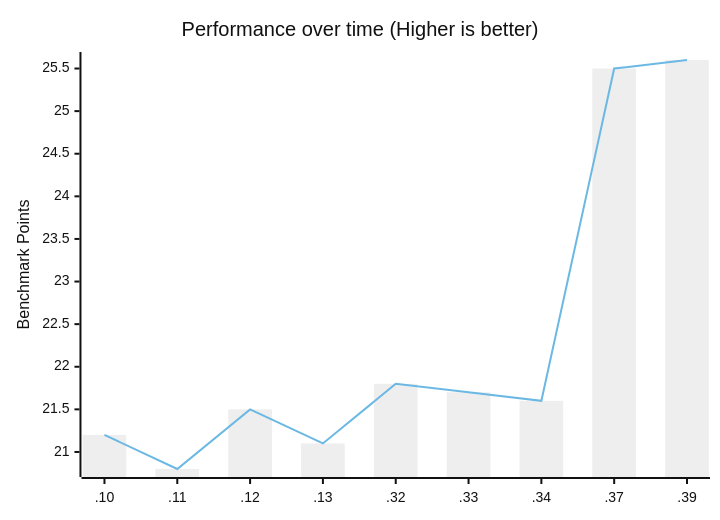
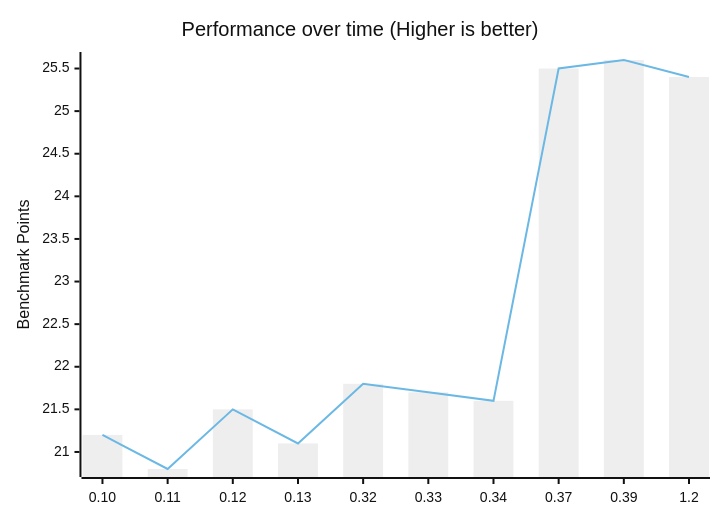
One commit to zen-browser/docs changed the first of 4 diagrams in content/benchmarks.md. Above: the diagram before and after it, drawn with Mermaid (neutral theme). The commit also changed other lines of this file, not shown here.

````diff
--- a/content/benchmarks.md
+++ b/content/benchmarks.md
@@ -37,8 +37,8 @@
 ```mermaid
 xychart-beta
     title "Performance over time (Higher is better)"
-    x-axis [.10, .11, .12, .13, .32, .33, .34, .37, .39]
+    x-axis [0.10, 0.11, 0.12, 0.13, 0.32, 0.33, 0.34, 0.37, 0.39, 1.2]
     y-axis "Benchmark Points"
-    bar [21.2,20.8,21.5,21.1,21.8,21.7,21.6,25.5,25.6]
-    line [21.2,20.8,21.5,21.1,21.8,21.7,21.6,25.5,25.6]
+    bar [21.2,20.8,21.5,21.1,21.8,21.7,21.6,25.5,25.6,25.4]
+    line [21.2,20.8,21.5,21.1,21.8,21.7,21.6,25.5,25.6,25.4]
 ```
````
